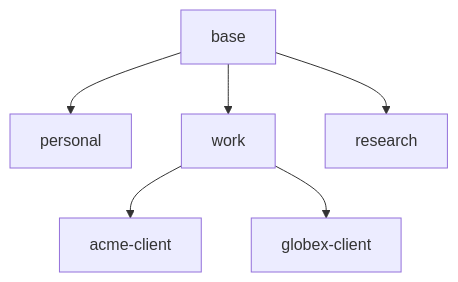
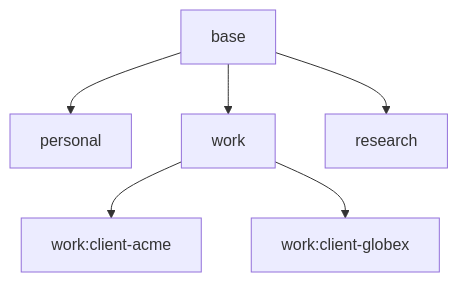
Before and after one commit to csmarshall/maury: the second of 2 diagrams in docs/concepts.md, drawn with Mermaid. The commit also changed other lines of this file and 1 other file, not shown here.

````diff
--- a/docs/concepts.md
+++ b/docs/concepts.md
@@ -233,15 +436,15 @@
 ```mermaid
 flowchart TD
     base[base]
     personal[personal]
     work[work]
     research[research]
-    acme[acme-client]
-    globex[globex-client]
+    acme["work:client-acme"]
+    globex["work:client-globex"]
 
     base --> personal
     base --> work
     base --> research
     work --> acme
     work --> globex
 ```
````
